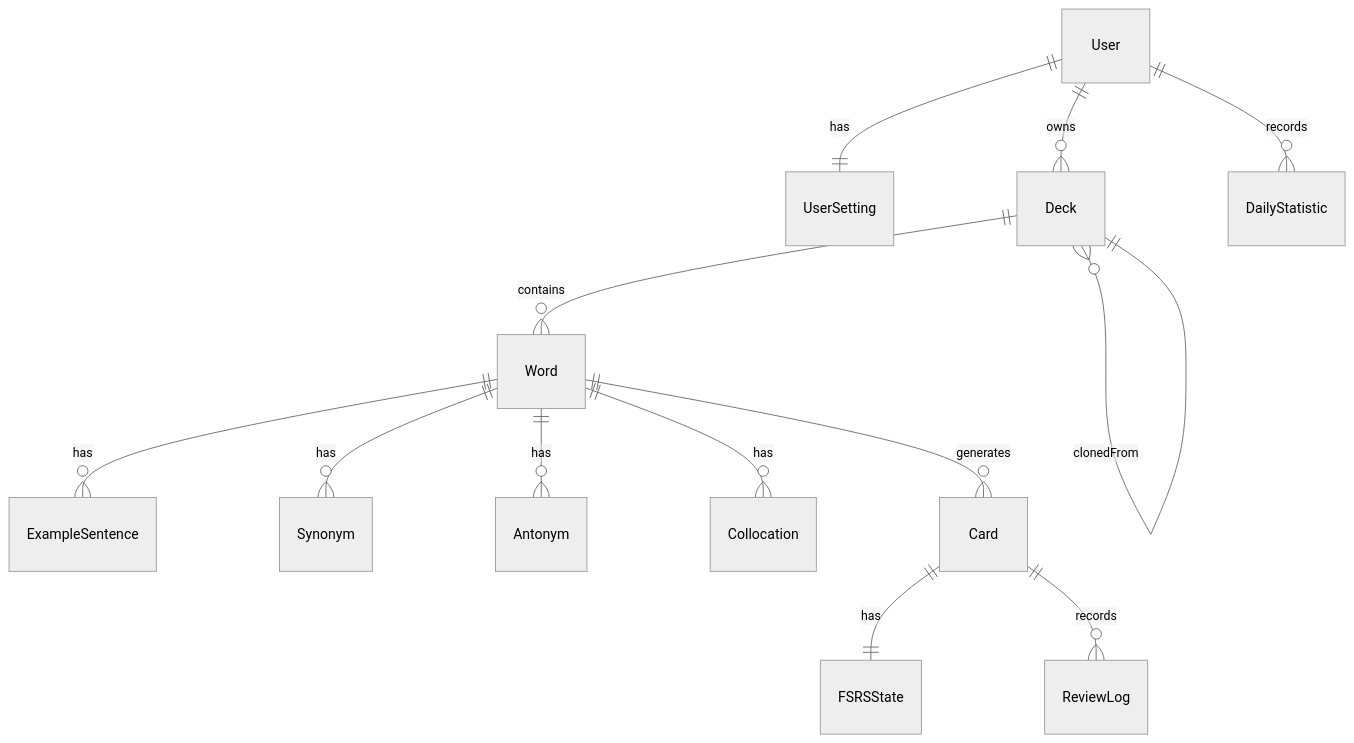
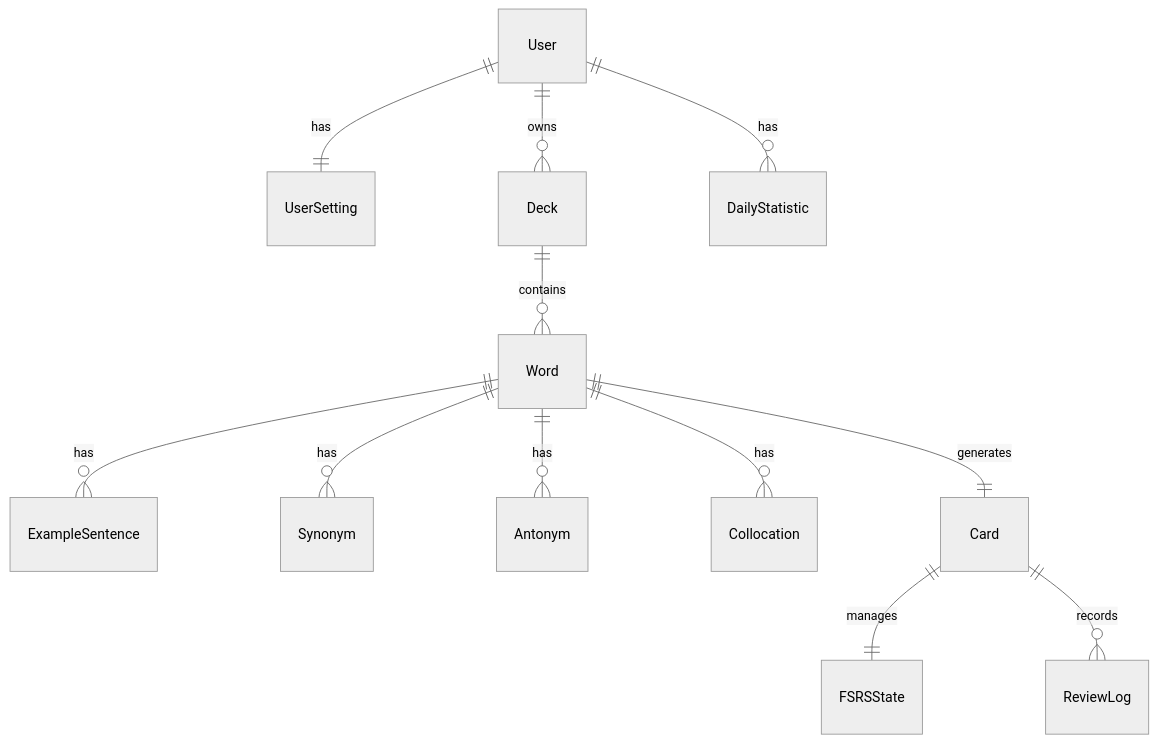
One commit to oniemikel/english-learning-tool changed the diagram in 詳細設計書.md. Above: the diagram before and after it, drawn with Mermaid (neutral theme). The commit also changed other lines of this file, not shown here.

````diff
--- a/詳細設計書.md
+++ b/詳細設計書.md
@@ -10,19 +1633,18 @@
 ```mermaid
 erDiagram
 
     User ||--|| UserSetting : has
     User ||--o{ Deck : owns
-    User ||--o{ DailyStatistic : records
+    User ||--o{ DailyStatistic : has
 
     Deck ||--o{ Word : contains
-    Deck }o--|| Deck : clonedFrom
 
     Word ||--o{ ExampleSentence : has
     Word ||--o{ Synonym : has
     Word ||--o{ Antonym : has
     Word ||--o{ Collocation : has
-    Word ||--o{ Card : generates
+    Word ||--|| Card : generates
 
-    Card ||--|| FSRSState : has
+    Card ||--|| FSRSState : manages
     Card ||--o{ ReviewLog : records
 ```
````
